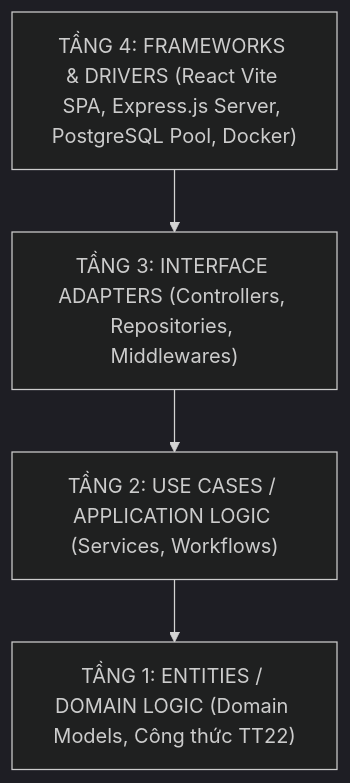
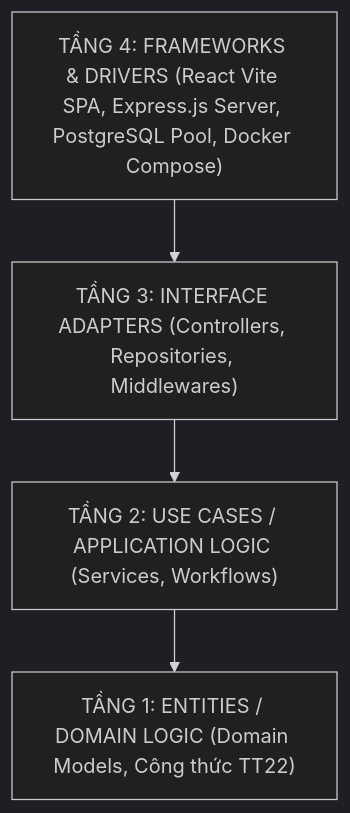
One commit to DYBInh2k5/Phat-Trien-Du-An-Phan-Mem changed the second of 4 diagrams in Report_Slide/slide.md. Above: the diagram before and after it, drawn with Mermaid (dark theme). The commit also changed other lines of this file and 1 other file, not shown here.

````diff
--- a/Report_Slide/slide.md
+++ b/Report_Slide/slide.md
@@ -102,11 +105,11 @@
 ```mermaid
 graph TD
-    T4["TẦNG 4: FRAMEWORKS & DRIVERS (React Vite SPA, Express.js Server, PostgreSQL Pool, Docker)"]
+    T4["TẦNG 4: FRAMEWORKS & DRIVERS (React Vite SPA, Express.js Server, PostgreSQL Pool, Docker Compose)"]
     T3["TẦNG 3: INTERFACE ADAPTERS (Controllers, Repositories, Middlewares)"]
     T2["TẦNG 2: USE CASES / APPLICATION LOGIC (Services, Workflows)"]
     T1["TẦNG 1: ENTITIES / DOMAIN LOGIC (Domain Models, Công thức TT22)"]
     
     T4 --> T3
     T3 --> T2
     T2 --> T1
 ```
````
